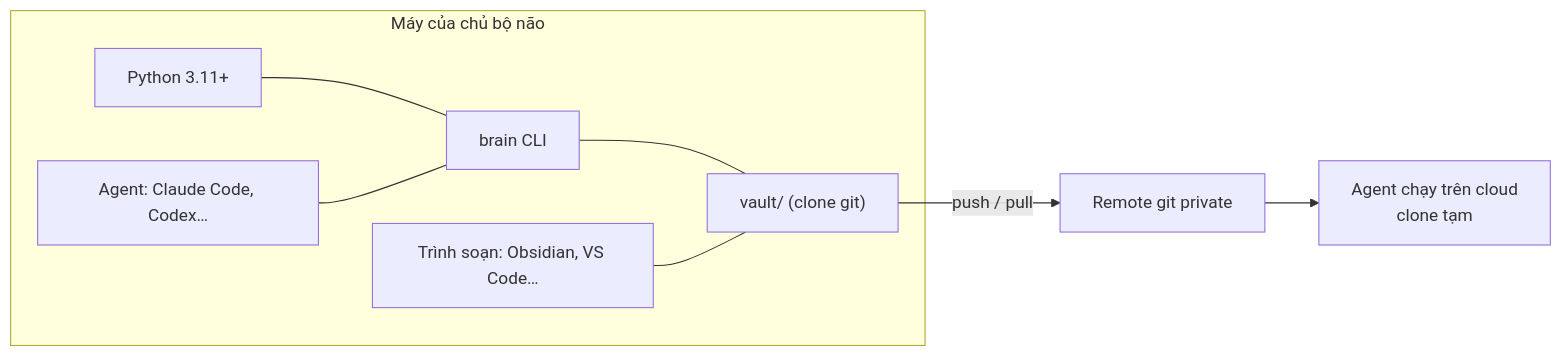
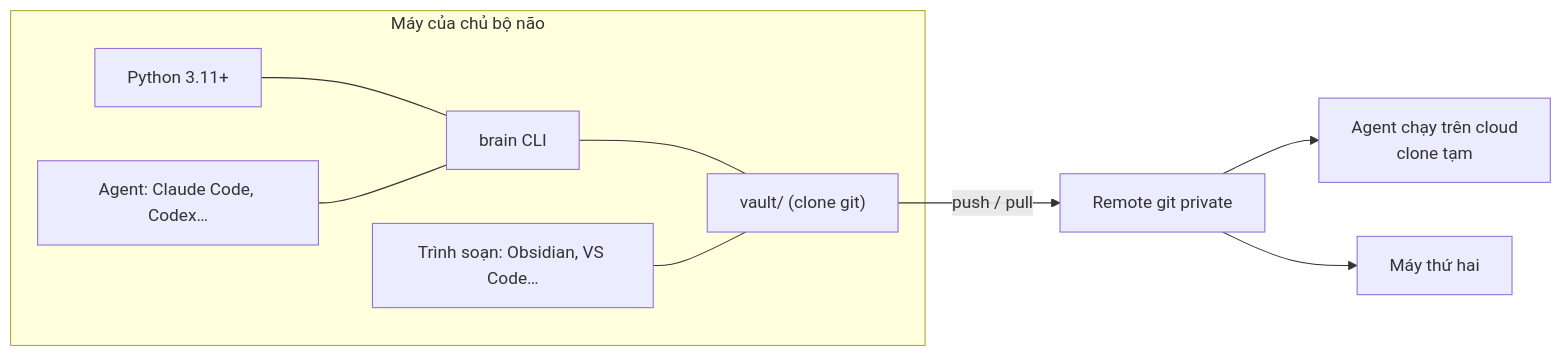
Before and after one commit to DaveTran243/Brain_Standard: the sixth of 9 diagrams in docs/kien-truc-he-thong.md, drawn with Mermaid. The commit also changed other lines of this file and 1 other file, not shown here.

````diff
--- a/docs/kien-truc-he-thong.md
+++ b/docs/kien-truc-he-thong.md
@@ -256,11 +524,12 @@
 ```mermaid
 flowchart LR
   subgraph May["Máy của chủ bộ não"]
     PY["Python 3.11+"] --- CLI2["brain CLI"]
     CLI2 --- VA["vault/ (clone git)"]
     ED["Trình soạn: Obsidian, VS Code…"] --- VA
     AGT["Agent: Claude Code, Codex…"] --- CLI2
   end
   VA -- "push / pull" --> GH["Remote git private"]
   GH --> CL["Agent chạy trên cloud<br/>clone tạm"]
+  GH --> M2["Máy thứ hai"]
 ```
````
